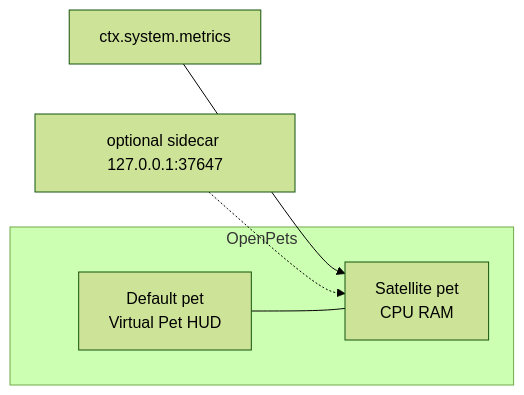
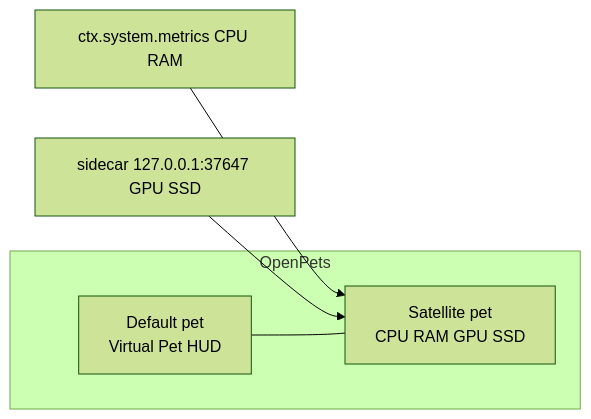
The diagram in README.md (karimbouwmans/Openpets-system-resources), drawn with Mermaid (forest theme) before and after one commit. The commit also changed other lines of this file and 6 other files, not shown here.

Commit message:
Document how to install and run the sidecar so GPU and SSD show up.

````diff
--- a/README.md
+++ b/README.md
@@ -63,10 +43,10 @@
 ```mermaid
 flowchart LR
   subgraph OpenPets
     P[Default pet<br/>Virtual Pet HUD]
-    S[Satellite pet<br/>CPU RAM]
+    S[Satellite pet<br/>CPU RAM GPU SSD]
   end
-  M["ctx.system.metrics"] --> S
-  C["optional sidecar 127.0.0.1:37647"] -.-> S
+  M["ctx.system.metrics CPU RAM"] --> S
+  C["sidecar 127.0.0.1:37647 GPU SSD"] --> S
   P --- S
 ```
````
